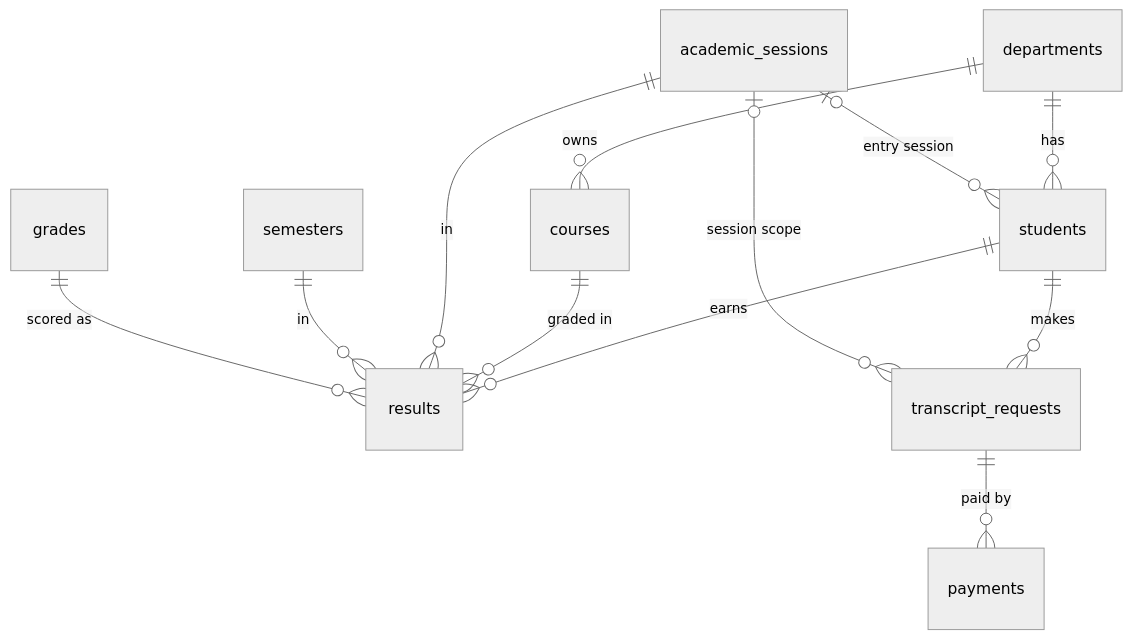
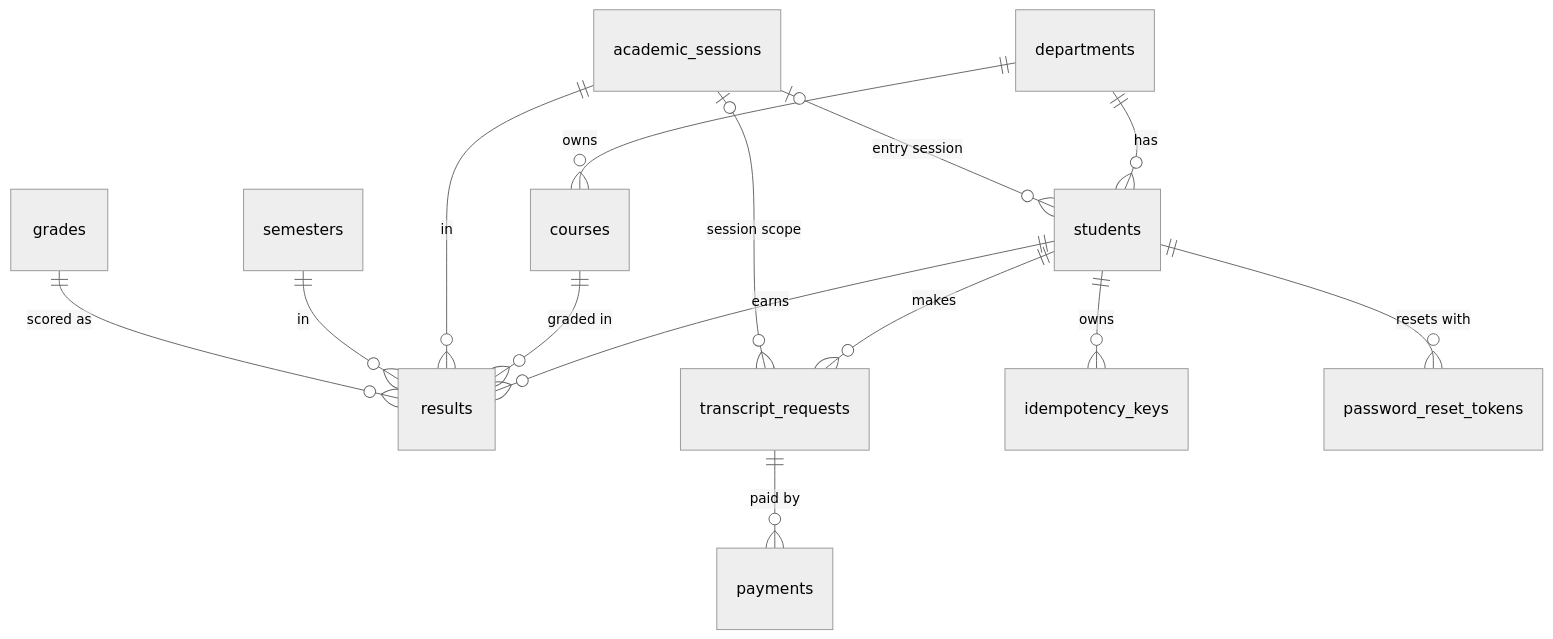
Before and after one commit to SenatorCode/ui-result-transcript-system: the diagram in docs/DATABASE_SCHEMA.md, drawn with Mermaid (neutral theme). The commit also changed other lines of this file and 2 other files, not shown here.

````diff
--- a/docs/DATABASE_SCHEMA.md
+++ b/docs/DATABASE_SCHEMA.md
@@ -54,14 +62,16 @@
 ```mermaid
 erDiagram
     departments ||--o{ students : "has"
     departments ||--o{ courses : "owns"
     academic_sessions |o--o{ students : "entry session"
     students ||--o{ results : "earns"
     courses ||--o{ results : "graded in"
     academic_sessions ||--o{ results : "in"
     semesters ||--o{ results : "in"
     grades ||--o{ results : "scored as"
     students ||--o{ transcript_requests : "makes"
     academic_sessions |o--o{ transcript_requests : "session scope"
     transcript_requests ||--o{ payments : "paid by"
+    students ||--o{ idempotency_keys : "owns"
+    students ||--o{ password_reset_tokens : "resets with"
 ```
````
